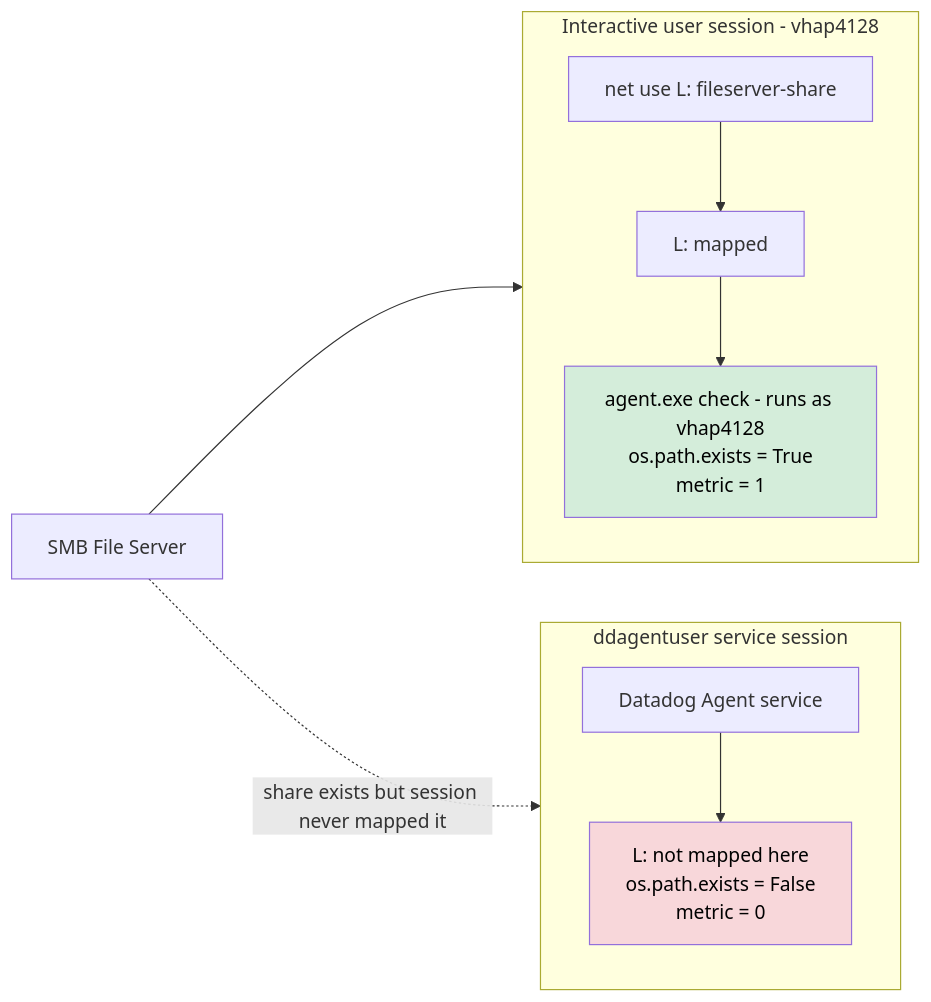
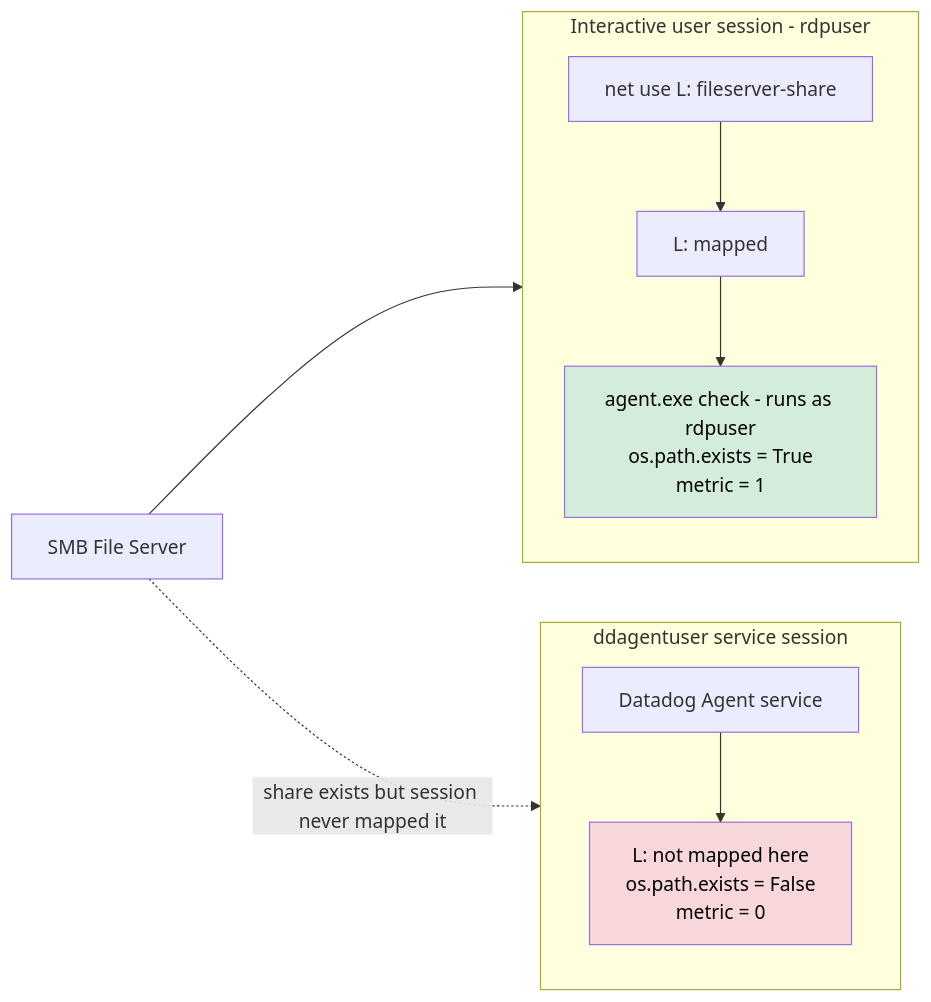
Before and after one commit to ddalexvea/datadog-sandboxes-by-ai: the first of 2 diagrams in integrations/windows-custom-check-drive-visibility/README.md, drawn with Mermaid.

Commit message:
replace customer-specific username with generic rdpuser

````diff
--- a/integrations/windows-custom-check-drive-visibility/README.md
+++ b/integrations/windows-custom-check-drive-visibility/README.md
@@ -26,19 +26,19 @@
 ```mermaid
 flowchart LR
     FS[SMB File Server]
 
-    subgraph user_session [Interactive user session - vhap4128]
+    subgraph user_session [Interactive user session - rdpuser]
         U[net use L: fileserver-share] --> L[L: mapped]
-        L --> CHK[agent.exe check - runs as vhap4128\nos.path.exists = True\nmetric = 1]
+        L --> CHK[agent.exe check - runs as rdpuser\nos.path.exists = True\nmetric = 1]
     end
 
     subgraph svc_session [ddagentuser service session]
         DD[Datadog Agent service] --> NO[L: not mapped here\nos.path.exists = False\nmetric = 0]
     end
 
     FS --> user_session
     FS -.->|share exists but session never mapped it| svc_session
 
     style CHK fill:#d4edda,color:#000
     style NO fill:#f8d7da,color:#000
 ```
````
